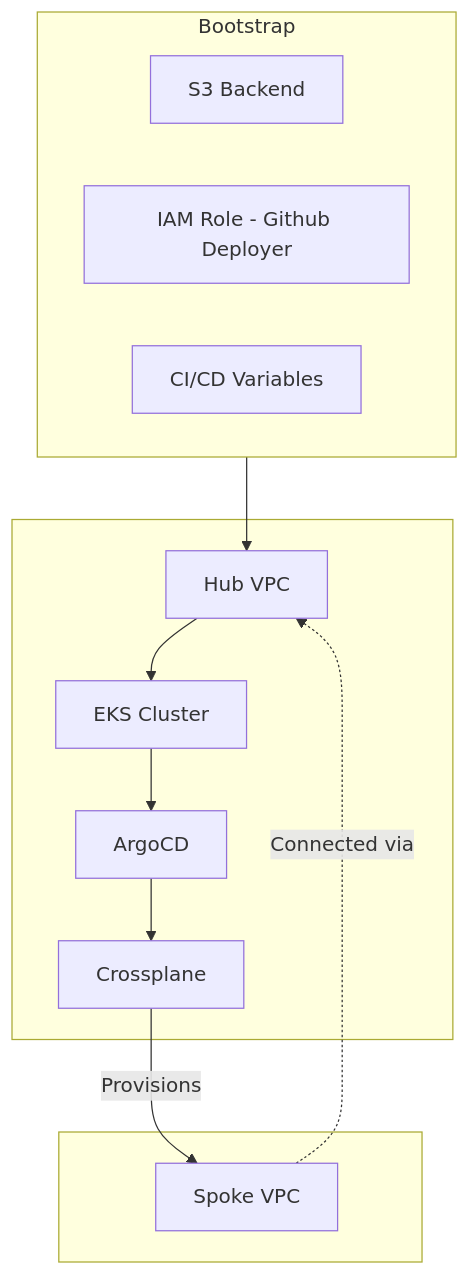
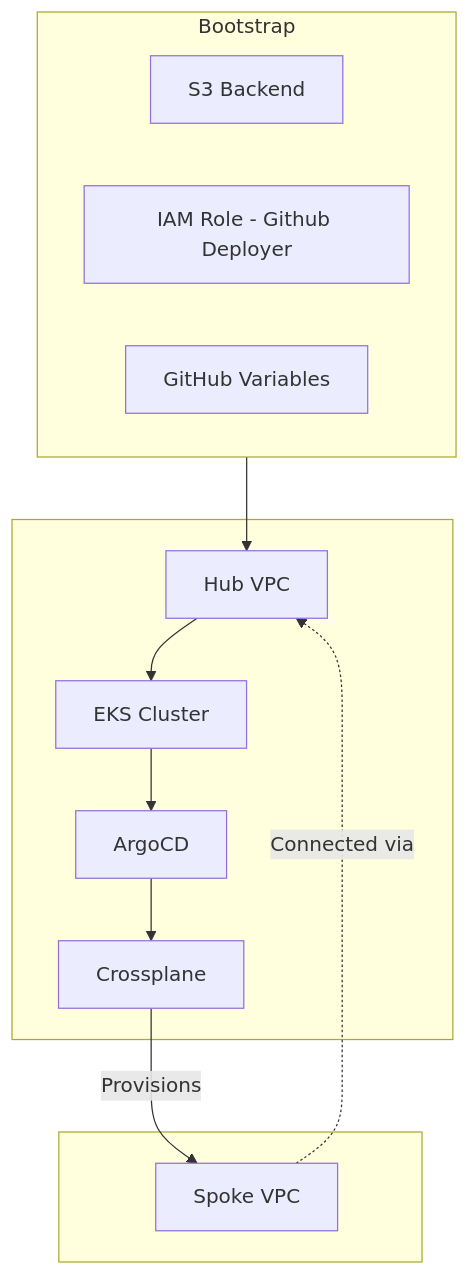
One commit to ehermenau/edge-first-infra changed the diagram in README.md. Above: the diagram before and after it, drawn with Mermaid. The commit also changed other lines of this file, not shown here.

````diff
--- a/README.md
+++ b/README.md
@@ -16,23 +16,23 @@
 ```mermaid
 graph TB
 
     subgraph "Bootstrap"
         direction LR
         A[S3 Backend]
         B[IAM Role - Github Deployer]
-        J["CI/CD Variables"]
+        J["GitHub Variables"]
     end
 
     subgraph " "
         B --> C[Hub VPC]
         C --> D[EKS Cluster]
         D --> E[ArgoCD]
         E --> H[Crossplane]
     end
 
     subgraph " "
         H -->|Provisions| I[Spoke VPC]
         I -.->|Connected via| C
     end
 
 ```
````
